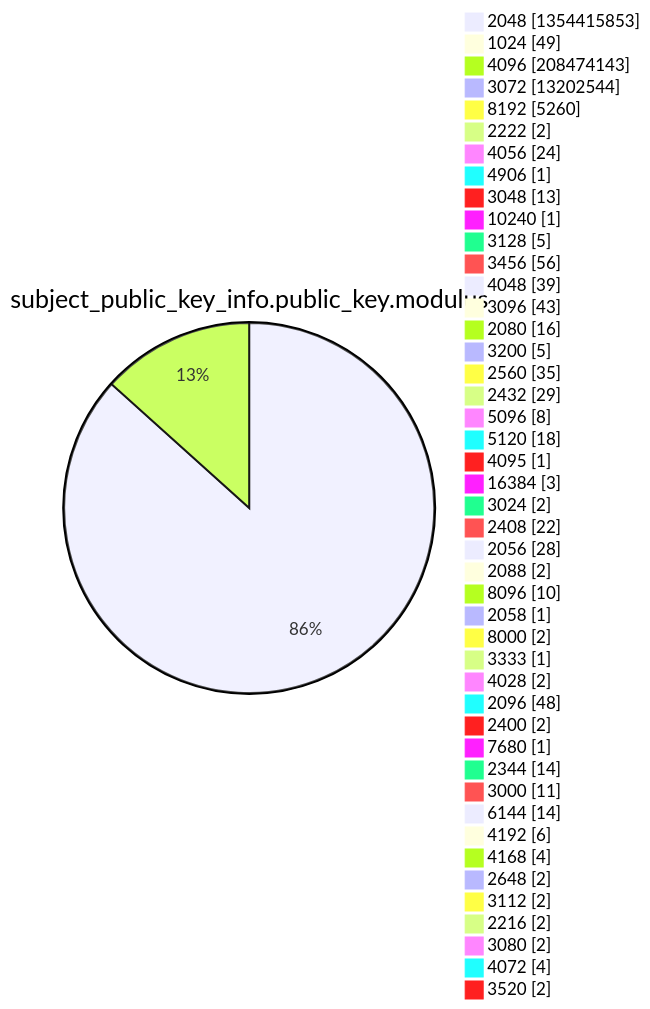
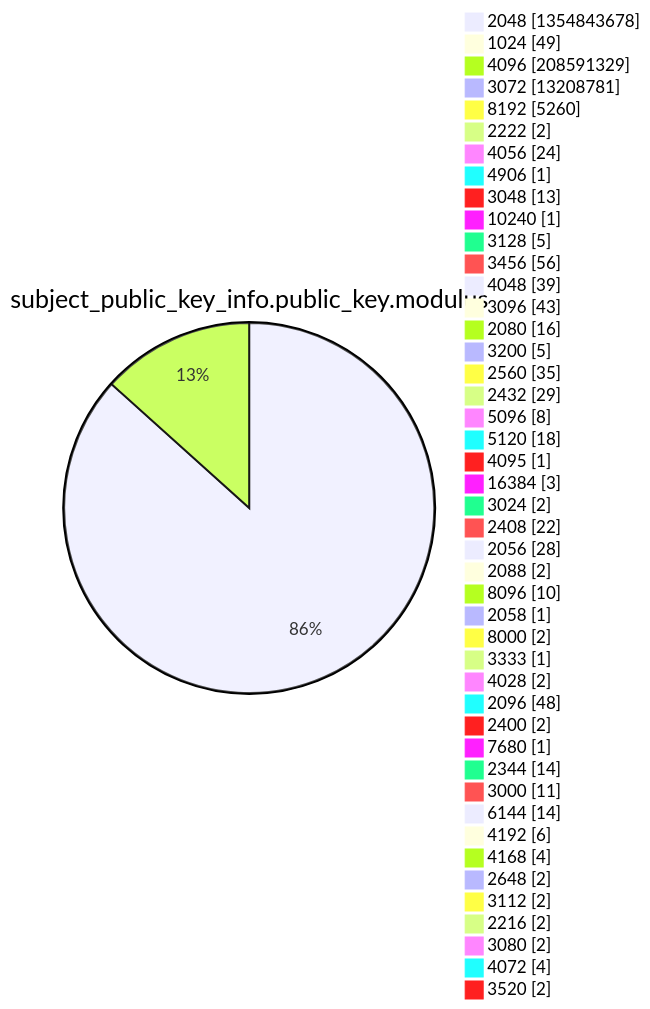
Before and after one commit to christiankrug/ctmonitor_visualization: diagram 13 of 15 in xenon2022/README.md, drawn with Mermaid. The commit also changed other lines of this file, not shown here.

````diff
--- a/xenon2022/README.md
+++ b/xenon2022/README.md
@@ -3927,49 +3927,49 @@
 ```mermaid
 pie showData
 title subject_public_key_info.public_key.modulus
-"2048" :1354415853
+"2048" :1354843678
 "1024" :49
-"4096" :208474143
-"3072" :13202544
+"4096" :208591329
+"3072" :13208781
 "8192" :5260
 "2222" :2
 "4056" :24
 "4906" :1
 "3048" :13
 "10240" :1
 "3128" :5
 "3456" :56
 "4048" :39
 "3096" :43
 "2080" :16
 "3200" :5
 "2560" :35
 "2432" :29
 "5096" :8
 "5120" :18
 "4095" :1
 "16384" :3
 "3024" :2
 "2408" :22
 "2056" :28
 "2088" :2
 "8096" :10
 "2058" :1
 "8000" :2
 "3333" :1
 "4028" :2
 "2096" :48
 "2400" :2
 "7680" :1
 "2344" :14
 "3000" :11
 "6144" :14
 "4192" :6
 "4168" :4
 "2648" :2
 "3112" :2
 "2216" :2
 "3080" :2
 "4072" :4
 "3520" :2
 ```
````
